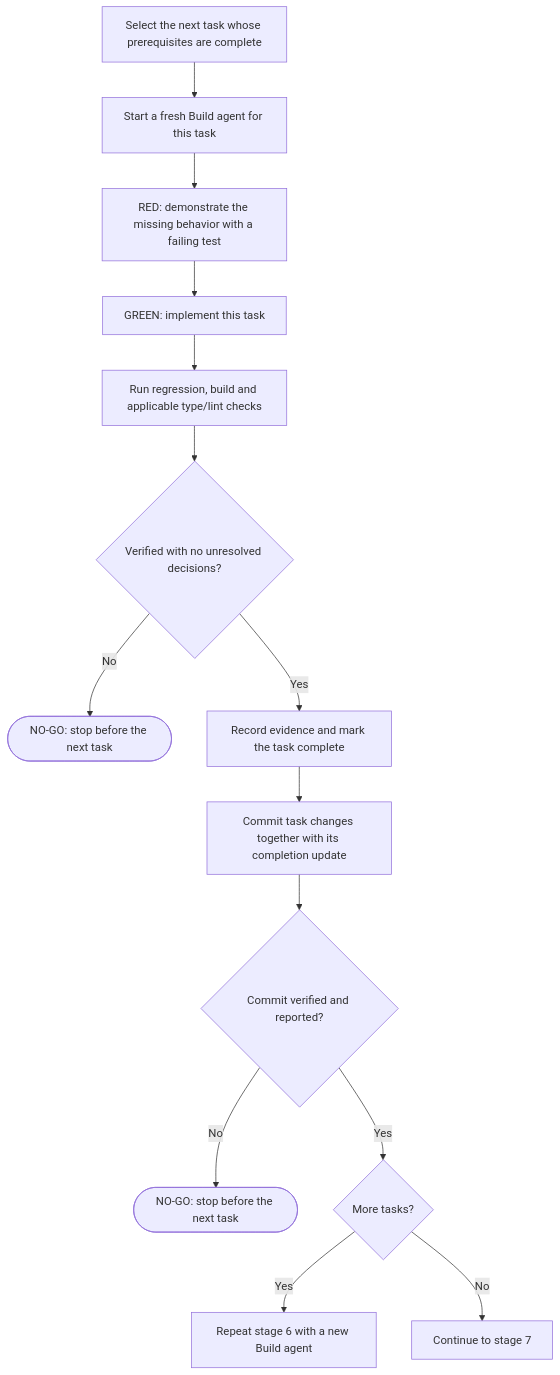
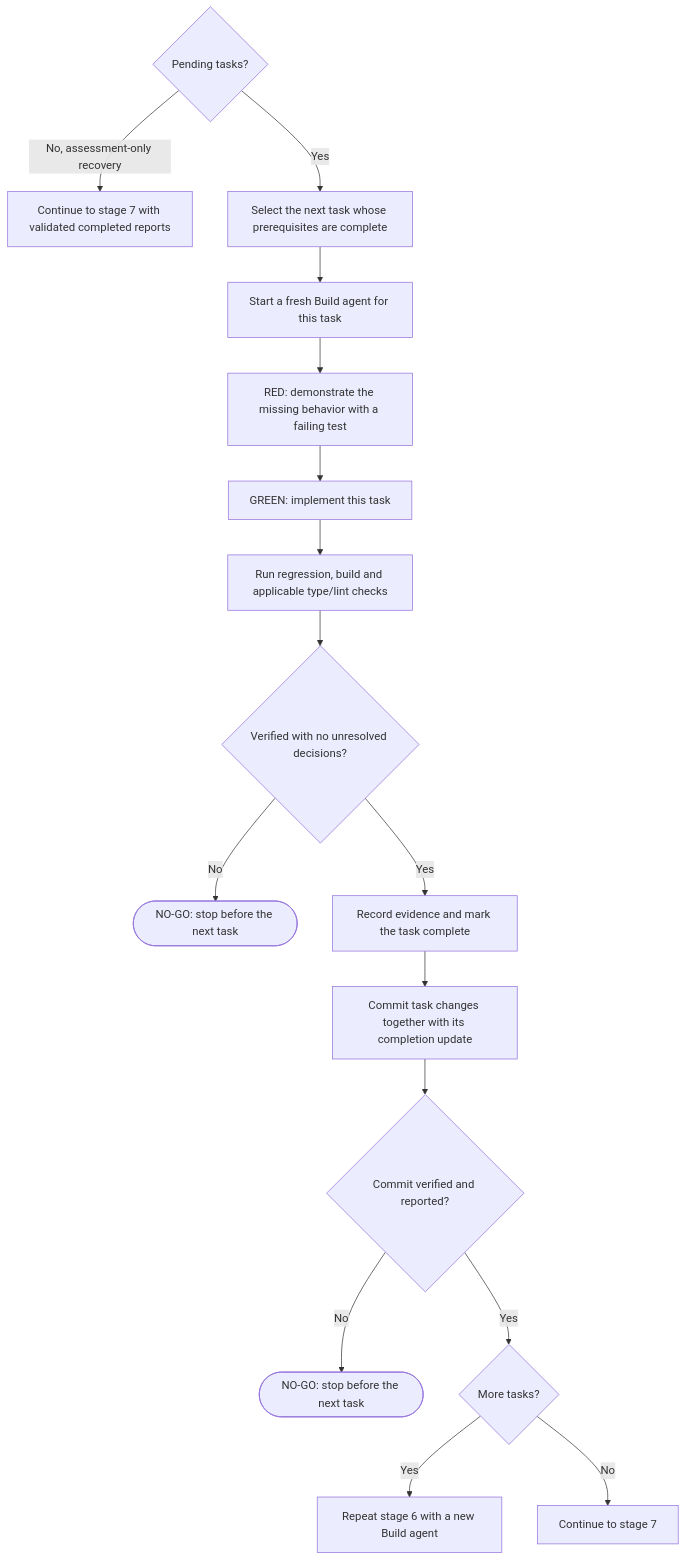
Before and after one commit to OskarKlintrot/skills: the sixth of 10 diagrams in README.md, drawn with Mermaid. The commit also changed other lines of this file and 3 other files, not shown here.

First line of the commit message:
fix: Allow lifecycle recovery with completed tasks

````diff
--- a/README.md
+++ b/README.md
@@ -416,16 +418,19 @@
 ```mermaid
 flowchart TD
-    task["Select the next task whose prerequisites are complete"] --> agent["Start a fresh Build agent for this task"]
+    pending{"Pending tasks?"}
+    pending -->|No, assessment-only recovery| assess["Continue to stage 7 with validated completed reports"]
+    pending -->|Yes| task["Select the next task whose prerequisites are complete"]
+    task --> agent["Start a fresh Build agent for this task"]
     agent --> red["RED: demonstrate the missing behavior with a failing test"]
     red --> green["GREEN: implement this task"]
     green --> checks["Run regression, build and applicable type/lint checks"]
     checks --> passed{"Verified with no unresolved decisions?"}
     passed -->|No| blocked(["NO-GO: stop before the next task"])
     passed -->|Yes| record["Record evidence and mark the task complete"]
     record --> commit["Commit task changes together with its completion update"]
     commit --> saved{"Commit verified and reported?"}
     saved -->|No| failed(["NO-GO: stop before the next task"])
     saved -->|Yes| remaining{"More tasks?"}
     remaining -->|Yes| repeat["Repeat stage 6 with a new Build agent"]
     remaining -->|No| proceed["Continue to stage 7"]
 ```
````
